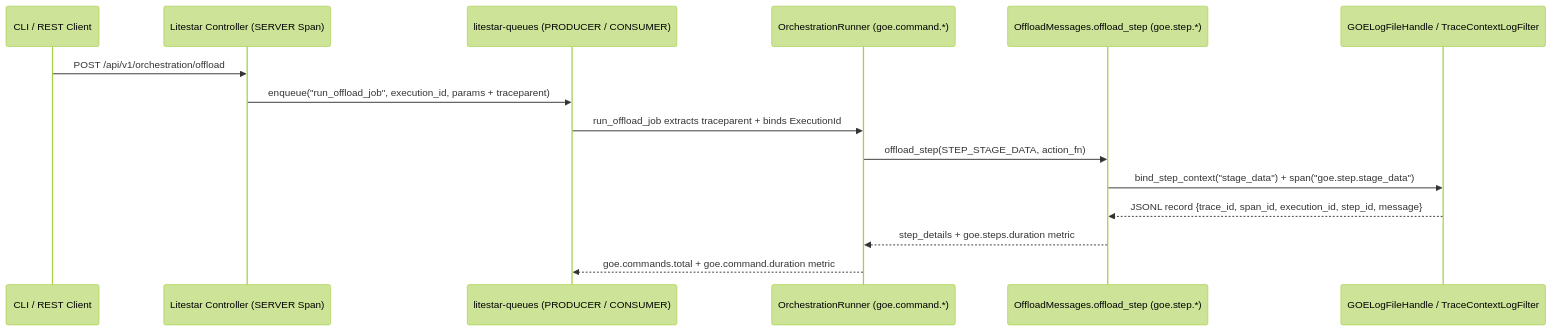
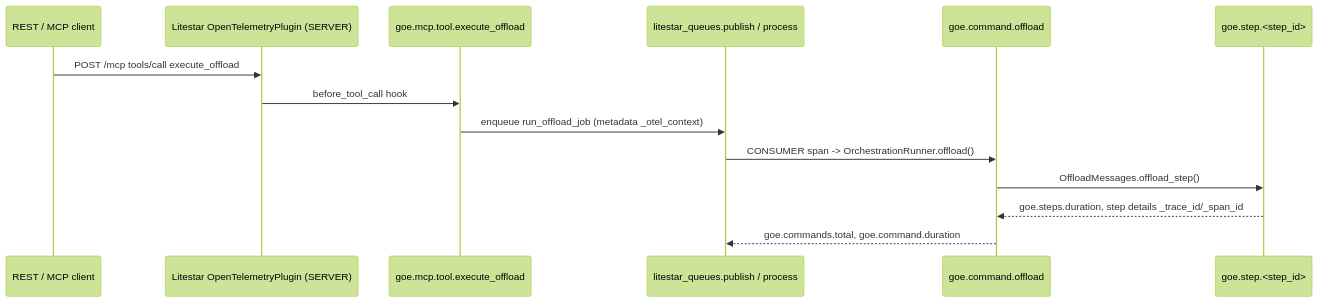
Before and after one commit to cofin/goe: the diagram in .agents/bundles/specs/orchestration_step_and_listener_telemetry_20261010/spec.md, drawn with Mermaid (forest theme). The commit also changed other lines of this file and 83 other files, not shown here.

Commit message:
docs(specs): refine Flow master PRDs and child flow worksheets to zero-ambiguity standard

````diff
--- a/.agents/bundles/specs/orchestration_step_and_listener_telemetry_20261010/spec.md
+++ b/.agents/bundles/specs/orchestration_step_and_listener_telemetry_20261010/spec.md
@@ -55,18 +52,16 @@
 ```mermaid
 sequenceDiagram
-    participant Client as CLI / REST Client
-    participant Listener as Litestar Controller (SERVER Span)
-    participant Queue as litestar-queues (PRODUCER / CONSUMER)
-    participant Runner as OrchestrationRunner (goe.command.*)
-    participant Messages as OffloadMessages.offload_step (goe.step.*)
-    participant Log as GOELogFileHandle / TraceContextLogFilter
-
-    Client->>Listener: POST /api/v1/orchestration/offload
-    Listener->>Queue: enqueue("run_offload_job", execution_id, params + traceparent)
-    Queue->>Runner: run_offload_job extracts traceparent + binds ExecutionId
-    Runner->>Messages: offload_step(STEP_STAGE_DATA, action_fn)
-    Messages->>Log: bind_step_context("stage_data") + span("goe.step.stage_data")
-    Log-->>Messages: JSONL record {trace_id, span_id, execution_id, step_id, message}
-    Messages-->>Runner: step_details + goe.steps.duration metric
-    Runner-->>Queue: goe.commands.total + goe.command.duration metric
+    participant Client as REST / MCP client
+    participant HTTP as Litestar OpenTelemetryPlugin (SERVER)
+    participant MCP as goe.mcp.tool.execute_offload
+    participant Queue as litestar_queues.publish / process
+    participant Runner as goe.command.offload
+    participant Step as goe.step.<step_id>
+    Client->>HTTP: POST /mcp tools/call execute_offload
+    HTTP->>MCP: before_tool_call hook
+    MCP->>Queue: enqueue run_offload_job (metadata _otel_context)
+    Queue->>Runner: CONSUMER span -> OrchestrationRunner.offload()
+    Runner->>Step: OffloadMessages.offload_step()
+    Step-->>Runner: goe.steps.duration, step details _trace_id/_span_id
+    Runner-->>Queue: goe.commands.total, goe.command.duration
 ```
````
